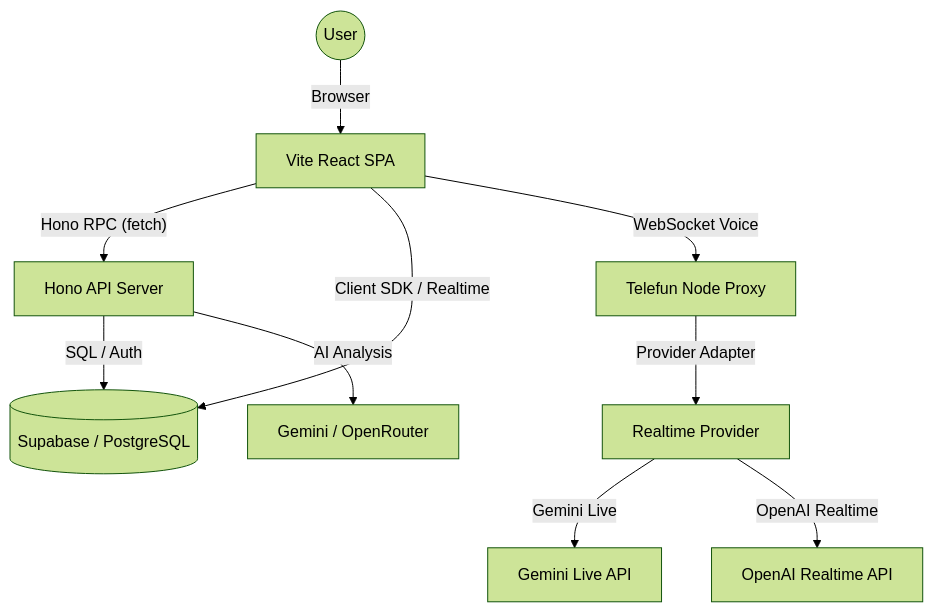
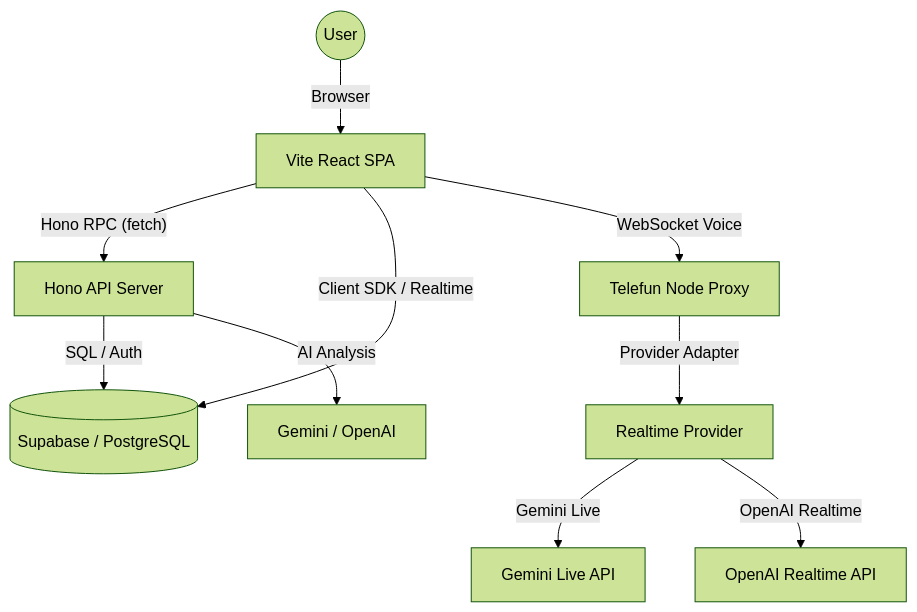
The diagram in docs/architecture.md (trainerkontakojk-gif/trainerssuperappvite), drawn with Mermaid (forest theme) before and after one commit. The commit also changed other lines of this file and 55 other files, not shown here.

````diff
--- a/docs/architecture.md
+++ b/docs/architecture.md
@@ -23,12 +23,12 @@
 ```mermaid
 graph TD
     User((User)) -->|Browser| ViteApp[Vite React SPA]
     ViteApp -->|"Hono RPC (fetch)"| HonoAPI[Hono API Server]
     HonoAPI -->|SQL / Auth| Supabase[(Supabase / PostgreSQL)]
     ViteApp -->|Client SDK / Realtime| Supabase
     ViteApp -->|WebSocket Voice| TelefunProxy[Telefun Node Proxy]
     TelefunProxy -->|Provider Adapter| RealtimeProvider[Realtime Provider]
     RealtimeProvider -->|Gemini Live| GeminiLive[Gemini Live API]
     RealtimeProvider -->|OpenAI Realtime| OpenAIRealtime[OpenAI Realtime API]
-    HonoAPI -->|AI Analysis| AIProviders[Gemini / OpenRouter]
+    HonoAPI -->|AI Analysis| AIProviders[Gemini / OpenAI]
 ```
````
